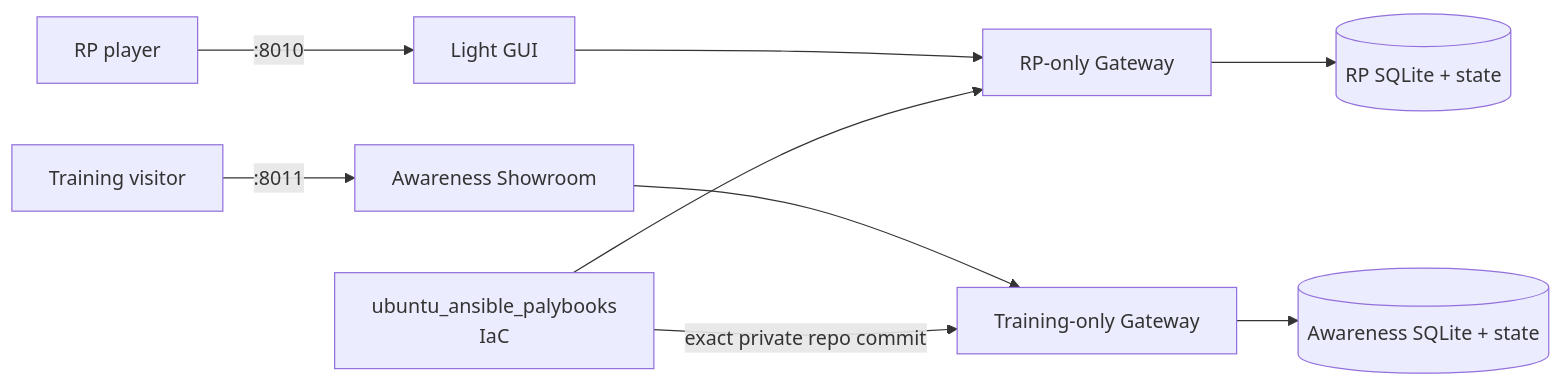
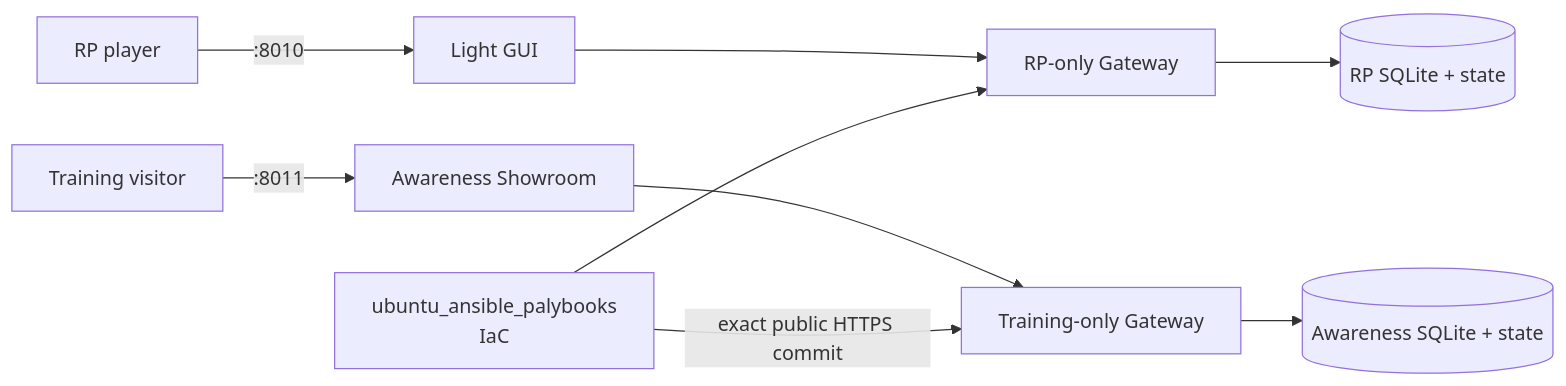
One commit to abykovwww-byte/ubuntu_ansible_palybooks changed the second of 6 diagrams in docs/wiki/01-architecture.md. Above: the diagram before and after it, drawn with Mermaid. The commit also changed other lines of this file and 150 other files, not shown here.

````diff
--- a/docs/wiki/01-architecture.md
+++ b/docs/wiki/01-architecture.md
@@ -61,13 +62,13 @@
 ```mermaid
 flowchart LR
     U["RP player"] -->|":8010"| L["Light GUI"]
     L --> R["RP-only Gateway"]
     R --> RDB[("RP SQLite + state")]
 
     V["Training visitor"] -->|":8011"| S["Awareness Showroom"]
     S --> T["Training-only Gateway"]
     T --> TDB[("Awareness SQLite + state")]
 
     I["ubuntu_ansible_palybooks\nIaC"] --> R
-    I -->|"exact private repo commit"| T
+    I -->|"exact public HTTPS commit"| T
 ```
````
